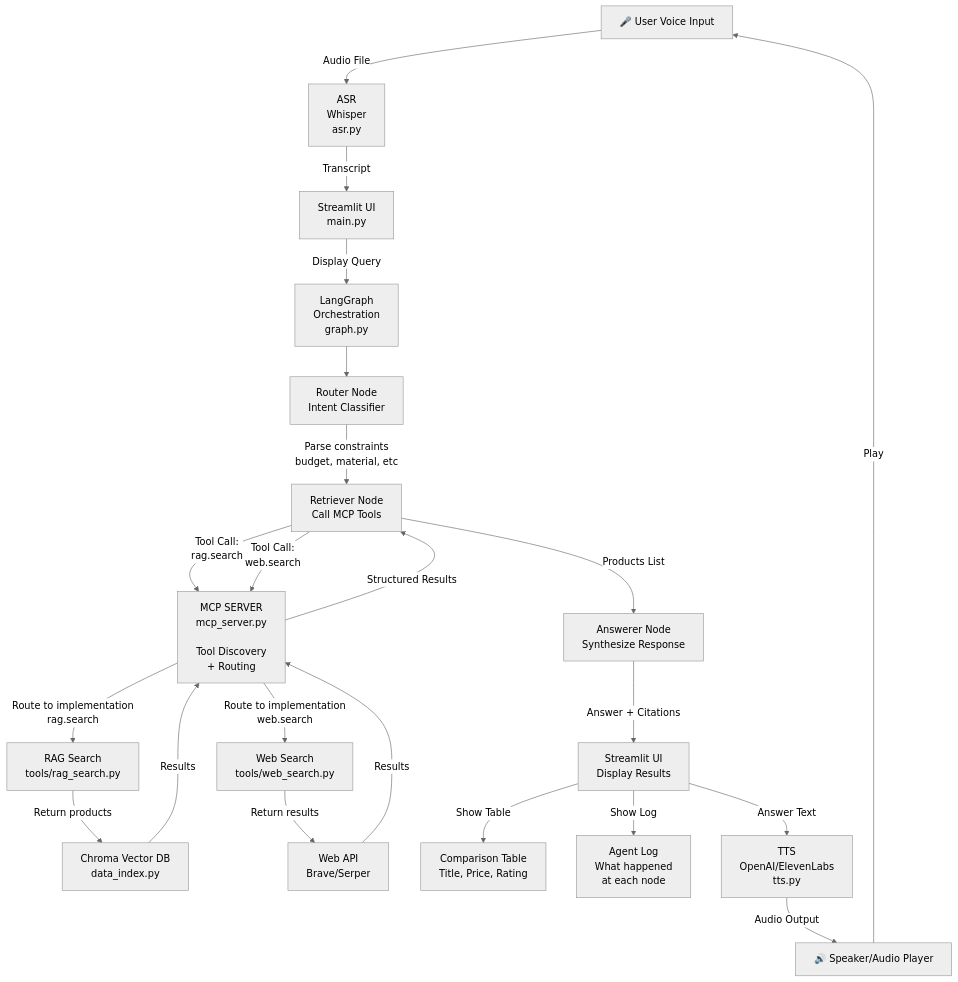
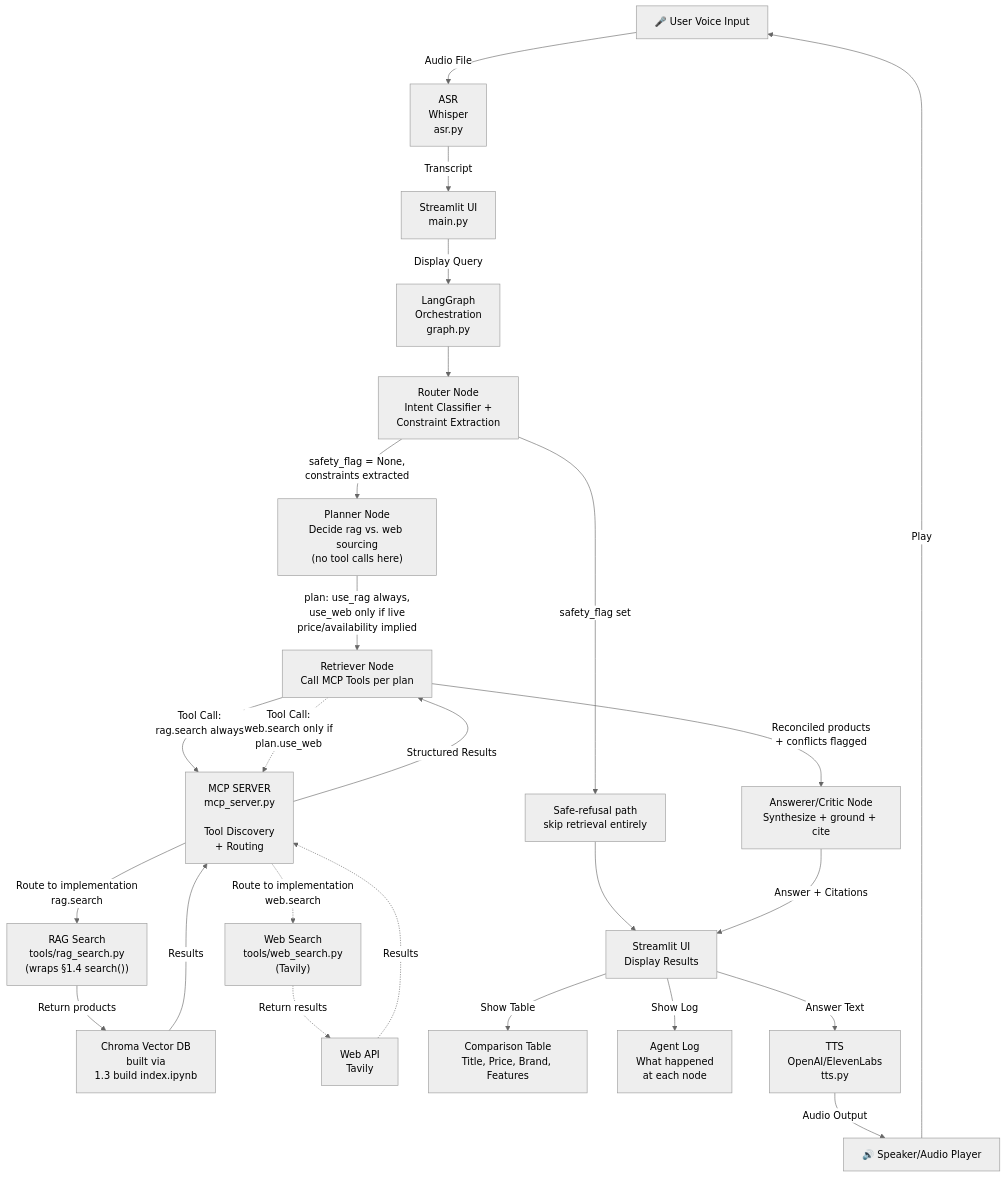
The diagram in README.md (pareeyaporn/Agentic-Voice-to-Voice-AI), drawn with Mermaid (neutral theme) before and after one commit. The commit also changed other lines of this file and 18 other files, not shown here.

````diff
--- a/README.md
+++ b/README.md
@@ -19,38 +19,43 @@
 ```mermaid
 graph TD
     A["🎤 User Voice Input"] -->|Audio File| B["ASR<br/>Whisper<br/>asr.py"]
 
     B -->|Transcript| C["Streamlit UI<br/>main.py"]
 
     C -->|Display Query| D["LangGraph<br/>Orchestration<br/>graph.py"]
 
-    D --> E["Router Node<br/>Intent Classifier"]
-    E -->|Parse constraints<br/>budget, material, etc| F["Retriever Node<br/>Call MCP Tools"]
+    D --> E["Router Node<br/>Intent Classifier +<br/>Constraint Extraction"]
 
-    F -->|Tool Call:<br/>rag.search| G["MCP SERVER<br/>mcp_server.py<br/><br/>Tool Discovery<br/>+ Routing"]
+    E -->|safety_flag set| S["Safe-refusal path<br/>skip retrieval entirely"]
+    E -->|safety_flag = None,<br/>constraints extracted| F["Planner Node<br/>Decide rag vs. web sourcing<br/>(no tool calls here)"]
 
-    F -->|Tool Call:<br/>web.search| G
+    F -->|plan: use_rag always,<br/>use_web only if live<br/>price/availability implied| R["Retriever Node<br/>Call MCP Tools per plan"]
 
-    G -->|Route to implementation<br/>rag.search| H["RAG Search<br/>tools/rag_search.py"]
-    G -->|Route to implementation<br/>web.search| I["Web Search<br/>tools/web_search.py"]
+    R -->|Tool Call:<br/>rag.search always| G["MCP SERVER<br/>mcp_server.py<br/><br/>Tool Discovery<br/>+ Routing"]
 
-    H -->|Return products| J["Chroma Vector DB<br/>data_index.py"]
-    I -->|Return results| K["Web API<br/>Brave/Serper"]
+    R -.->|Tool Call:<br/>web.search only if<br/>plan.use_web| G
+
+    G -->|Route to implementation<br/>rag.search| H["RAG Search<br/>tools/rag_search.py<br/>(wraps §1.4 search())"]
+    G -.->|Route to implementation<br/>web.search| I["Web Search<br/>tools/web_search.py<br/>(Tavily)"]
+
+    H -->|Return products| J["Chroma Vector DB<br/>built via<br/>1.3 build index.ipynb"]
+    I -.->|Return results| K["Web API<br/>Tavily"]
 
     J -->|Results| G
-    K -->|Results| G
+    K -.->|Results| G
 
-    G -->|Structured Results| F
+    G -->|Structured Results| R
 
-    F -->|Products List| L["Answerer Node<br/>Synthesize Response"]
+    R -->|Reconciled products<br/>+ conflicts flagged| L["Answerer/Critic Node<br/>Synthesize + ground + cite"]
 
-    L -->|Answer + Citations| M["Streamlit UI<br/>Display Results"]
+    S --> M["Streamlit UI<br/>Display Results"]
+    L -->|Answer + Citations| M
 
-    M -->|Show Table| N["Comparison Table<br/>Title, Price, Rating"]
+    M -->|Show Table| N["Comparison Table<br/>Title, Price, Brand, Features"]
     M -->|Show Log| O["Agent Log<br/>What happened<br/>at each node"]
 
     M -->|Answer Text| P["TTS<br/>OpenAI/ElevenLabs<br/>tts.py"]
     P -->|Audio Output| Q["🔊 Speaker/Audio Player"]
 
     Q -->|Play| A
 ```
````
